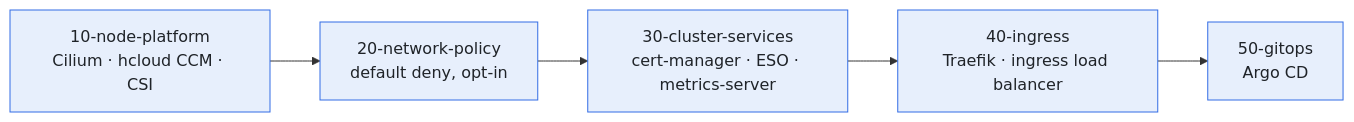
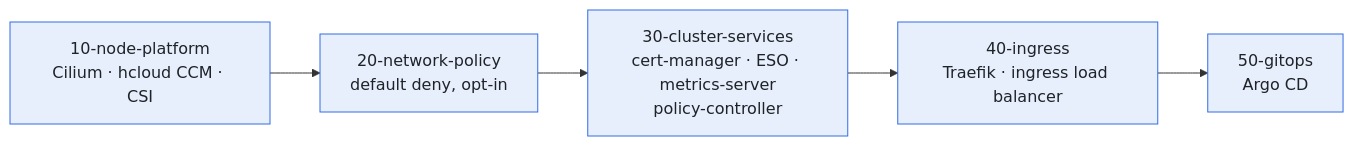
The third of 3 diagrams in README.md (oleg-tkachuk/hetzner-iac), drawn with Mermaid before and after one commit. The commit also changed 9 other files, not shown here.

First line of the commit message:
feat(cluster-services): install the sigstore policy-controller

````diff
--- a/README.md
+++ b/README.md
@@ -110,14 +110,14 @@
 ```mermaid
 flowchart LR
     classDef kube fill:#e7effc,stroke:#326ce5,stroke-width:1px,color:#1f2328
 
     l10["10-node-platform<br/>Cilium · hcloud CCM · CSI"]
     l20["20-network-policy<br/>default deny, opt-in"]
-    l30["30-cluster-services<br/>cert-manager · ESO · metrics-server"]
+    l30["30-cluster-services<br/>cert-manager · ESO · metrics-server<br/>policy-controller"]
     l40["40-ingress<br/>Traefik · ingress load balancer"]
     l50["50-gitops<br/>Argo CD"]
 
     l10 --> l20 --> l30 --> l40 --> l50
 
     class l10,l20,l30,l40,l50 kube
 ```
````
